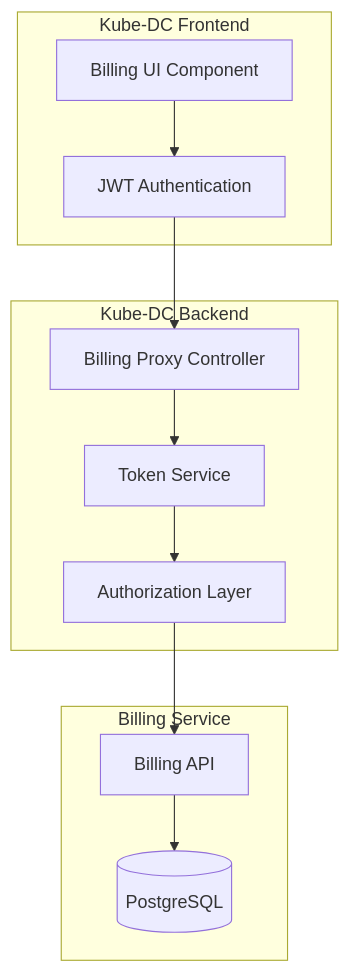
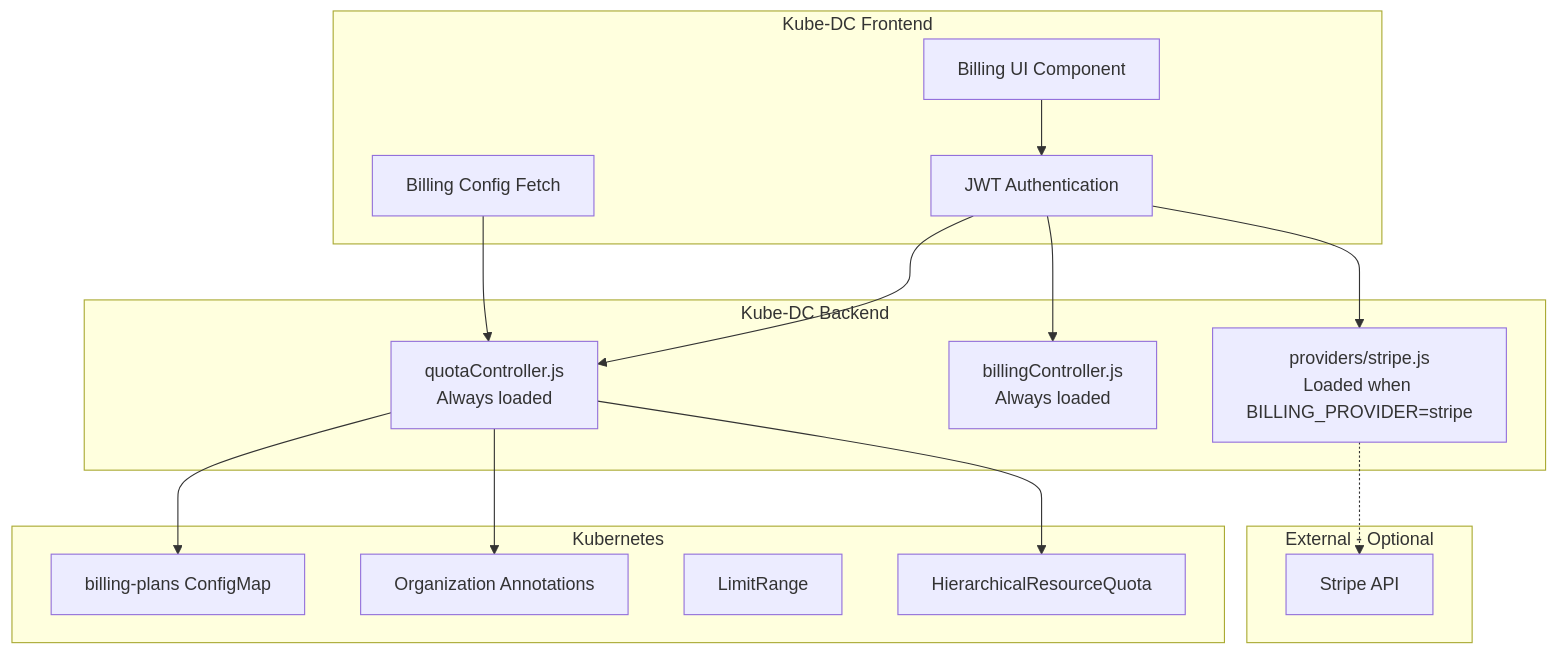
One commit to kube-dc/kube-dc-public changed the first of 2 diagrams in docs/internal-billing-integration.md. Above: the diagram before and after it, drawn with Mermaid. The commit also changed other lines of this file and 32 other files, not shown here.

````diff
--- a/docs/internal-billing-integration.md
+++ b/docs/internal-billing-integration.md
@@ -10,25 +17,35 @@
 ```mermaid
 graph TB
     subgraph "Kube-DC Frontend"
         UI[Billing UI Component]
+        Config[Billing Config Fetch]
         Auth[JWT Authentication]
     end
     
     subgraph "Kube-DC Backend"
-        Proxy[Billing Proxy Controller]
-        TokenSvc[Token Service]
-        AuthZ[Authorization Layer]
+        QC[quotaController.js<br/>Always loaded]
+        BC[billingController.js<br/>Always loaded]
+        SP[providers/stripe.js<br/>Loaded when BILLING_PROVIDER=stripe]
     end
     
-    subgraph "Billing Service"
-        API[Billing API]
-        DB[(PostgreSQL)]
+    subgraph "Kubernetes"
+        CM[billing-plans ConfigMap]
+        HRQ[HierarchicalResourceQuota]
+        LR[LimitRange]
+        ORG[Organization Annotations]
+    end
+    
+    subgraph "External - Optional"
+        Stripe[Stripe API]
     end
     
     UI --> Auth
-    Auth --> Proxy
-    Proxy --> TokenSvc
-    TokenSvc --> AuthZ
-    AuthZ --> API
-    API --> DB
+    Config --> QC
+    Auth --> QC
+    Auth --> BC
+    Auth --> SP
+    QC --> CM
+    QC --> ORG
+    QC --> HRQ
+    SP -.-> Stripe
 ```
````
